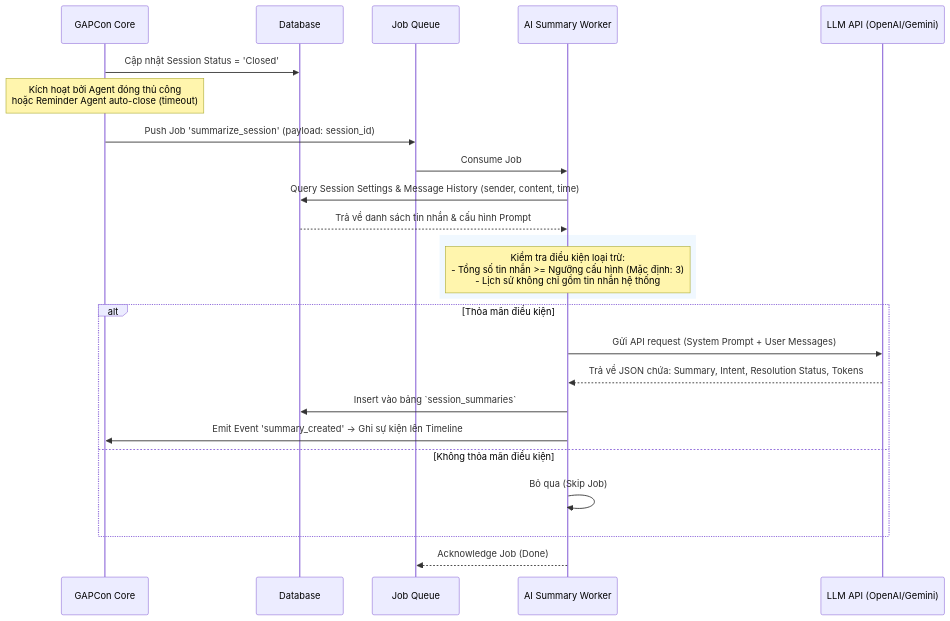
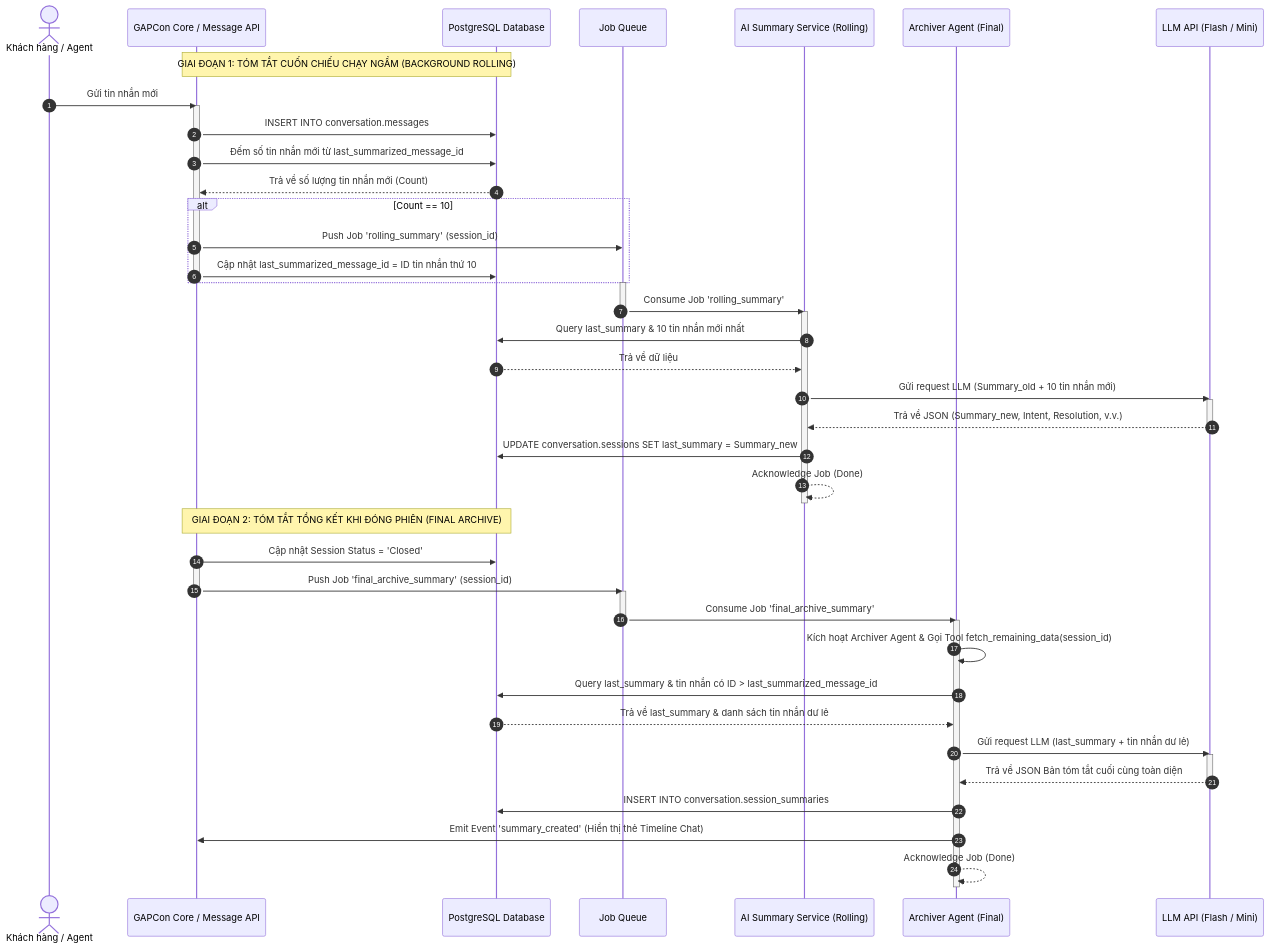
The second of 2 diagrams in Docs/AI_Chatbot/srs-conversation-summary.md (Mira-Miraaa/Gapone-Conversation), drawn with Mermaid before and after one commit. The commit also changed other lines of this file and 3 other files, not shown here.

Commit message:
docs: add SRS and PRD documentation for conversation summary feature

````diff
--- a/Docs/AI_Chatbot/srs-conversation-summary.md
+++ b/Docs/AI_Chatbot/srs-conversation-summary.md
@@ -94,29 +81,60 @@
 ```mermaid
 sequenceDiagram
-    participant System as GAPCon Core
-    participant DB as Database
+    autonumber
+    actor User as Khách hàng / Agent
+    participant Core as GAPCon Core / Message API
+    participant DB as PostgreSQL Database
     participant Queue as Job Queue
-    participant Worker as AI Summary Worker
-    participant LLM as LLM API (OpenAI/Gemini)
+    participant Worker as AI Summary Service (Rolling)
+    participant Archiver as Archiver Agent (Final)
+    participant LLM as LLM API (Flash / Mini)
 
-    System->>DB: Cập nhật Session Status = 'Closed'
-    Note over System: Kích hoạt bởi Agent đóng thủ công<br/>hoặc Reminder Agent auto-close (timeout)
-    System->>Queue: Push Job 'summarize_session' (payload: session_id)
-    Queue->>Worker: Consume Job
-    Worker->>DB: Query Session Settings & Message History (sender, content, time)
-    DB-->>Worker: Trả về danh sách tin nhắn & cấu hình Prompt
+    Note over Core, DB: GIAI ĐOẠN 1: TÓM TẮT CUỐN CHIẾU CHẠY NGẦM (BACKGROUND ROLLING)
+    User->>Core: Gửi tin nhắn mới
+    activate Core
+    Core->>DB: INSERT INTO conversation.messages
+    Core->>DB: Đếm số tin nhắn mới từ last_summarized_message_id
+    DB-->>Core: Trả về số lượng tin nhắn mới (Count)
     
-    rect rgb(240, 248, 255)
-        Note over Worker: Kiểm tra điều kiện loại trừ:<br/>- Tổng số tin nhắn >= Ngưỡng cấu hình (Mặc định: 3)<br/>- Lịch sử không chỉ gồm tin nhắn hệ thống
+    alt Count == 10
+        Core->>Queue: Push Job 'rolling_summary' (session_id)
+        Core->>DB: Cập nhật last_summarized_message_id = ID tin nhắn thứ 10
     end
-    
-    alt Thỏa mãn điều kiện
-        Worker->>LLM: Gửi API request (System Prompt + User Messages)
-        LLM-->>Worker: Trả về JSON chứa: Summary, Intent, Resolution Status, Tokens
-        Worker->>DB: Insert vào bảng `session_summaries`
-        Worker->>System: Emit Event 'summary_created' -> Ghi sự kiện lên Timeline
-    else Không thỏa mãn điều kiện
-        Worker->>Worker: Bỏ qua (Skip Job)
-    end
-    Worker-->>Queue: Acknowledge Job (Done)
+    deactivate Core
+
+    activate Queue
+    Queue->>Worker: Consume Job 'rolling_summary'
+    deactivate Queue
+    activate Worker
+    Worker->>DB: Query last_summary & 10 tin nhắn mới nhất
+    DB-->>Worker: Trả về dữ liệu
+    Worker->>LLM: Gửi request LLM (Summary_old + 10 tin nhắn mới)
+    activate LLM
+    LLM-->>Worker: Trả về JSON (Summary_new, Intent, Resolution, v.v.)
+    deactivate LLM
+    Worker->>DB: UPDATE conversation.sessions SET last_summary = Summary_new
+    Worker-->>Worker: Acknowledge Job (Done)
+    deactivate Worker
+
+    Note over Core, DB: GIAI ĐOẠN 2: TÓM TẮT TỔNG KẾT KHI ĐÓNG PHIÊN (FINAL ARCHIVE)
+    Core->>DB: Cập nhật Session Status = 'Closed'
+    activate Core
+    Core->>Queue: Push Job 'final_archive_summary' (session_id)
+    deactivate Core
+
+    activate Queue
+    Queue->>Archiver: Consume Job 'final_archive_summary'
+    deactivate Queue
+    activate Archiver
+    Archiver->>Archiver: Kích hoạt Archiver Agent & Gọi Tool fetch_remaining_data(session_id)
+    Archiver->>DB: Query last_summary & tin nhắn có ID > last_summarized_message_id
+    DB-->>Archiver: Trả về last_summary & danh sách tin nhắn dư lẻ
+    Archiver->>LLM: Gửi request LLM (last_summary + tin nhắn dư lẻ)
+    activate LLM
+    LLM-->>Archiver: Trả về JSON Bản tóm tắt cuối cùng toàn diện
+    deactivate LLM
+    Archiver->>DB: INSERT INTO conversation.session_summaries
+    Archiver->>Core: Emit Event 'summary_created' (Hiển thị thẻ Timeline Chat)
+    Archiver-->>Archiver: Acknowledge Job (Done)
+    deactivate Archiver
 ```
````
